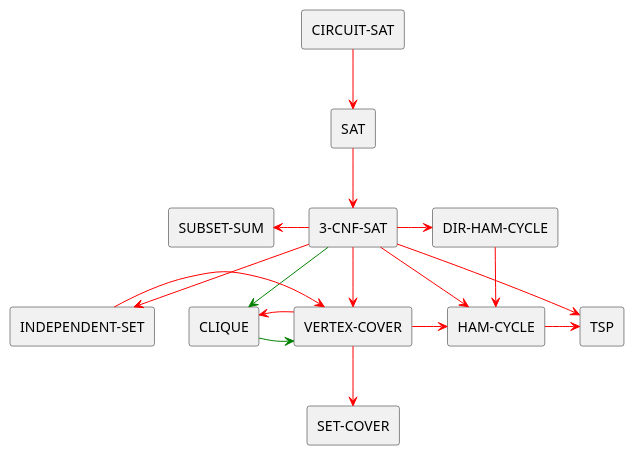
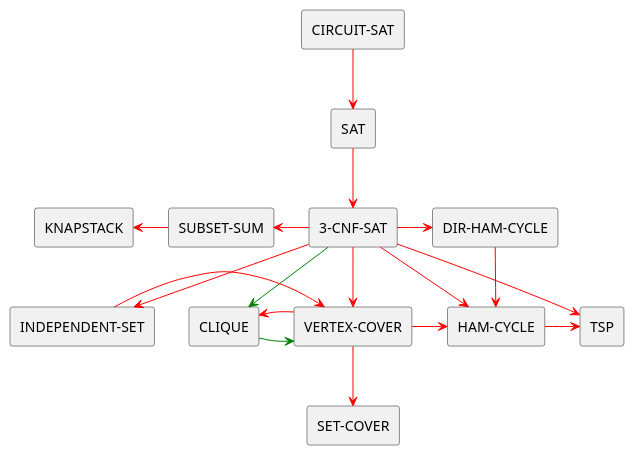
One commit to Ch40gRv1-Mu/CS3230_review changed the diagram in NP_Reduction_Tree.puml. Above: the diagram before and after it, drawn with PlantUML.

```diff
--- a/NP_Reduction_Tree.puml
+++ b/NP_Reduction_Tree.puml
@@ -1,32 +1,34 @@
 @startuml
 
 
 rectangle "CIRCUIT-SAT" as CIRCUIT_SAT
 rectangle SAT 
 rectangle "3-CNF-SAT" as 3_CNF_SAT 
 rectangle "CLIQUE" as CLIQUE
 rectangle "VERTEX-COVER" as VERTEX_COVER
 rectangle "HAM-CYCLE" as HAM_CYCLE
 rectangle "SUBSET-SUM" as SUBSET_SUM
 rectangle "SET-COVER" as SET_COVER
 rectangle "TSP" as TSP
 rectangle "INDEPENDENT-SET" as INDEPENDENT_SET
 rectangle "DIR-HAM-CYCLE" as DIR_HAM_CYCLE
+rectangle "KNAPSTACK" as KNAPSTACK
 
 CIRCUIT_SAT -down-> SAT #red
 SAT -down-> 3_CNF_SAT  #red
 3_CNF_SAT-> CLIQUE #green
 SUBSET_SUM <- 3_CNF_SAT #red
+KNAPSTACK <- SUBSET_SUM #red
 CLIQUE -> VERTEX_COVER #green
 CLIQUE <- VERTEX_COVER #red
 VERTEX_COVER -> HAM_CYCLE #red
 VERTEX_COVER -down-> SET_COVER #red
 HAM_CYCLE -> TSP #red
 3_CNF_SAT -> HAM_CYCLE  #red
 3_CNF_SAT -> VERTEX_COVER  #red
 3_CNF_SAT -> TSP  #red
 3_CNF_SAT -down-> INDEPENDENT_SET #red
 INDEPENDENT_SET -> VERTEX_COVER #red
 3_CNF_SAT -> DIR_HAM_CYCLE #red
 DIR_HAM_CYCLE -> HAM_CYCLE #red
 @enduml
```
